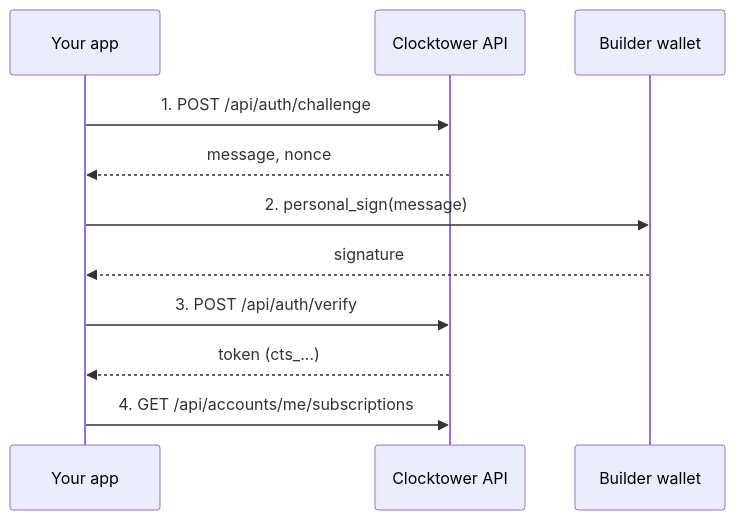
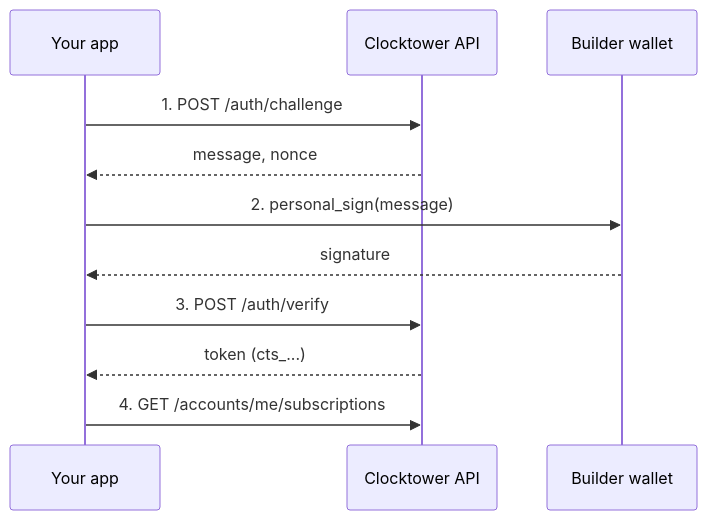
Before and after one commit to clocktower-protocol/clocktower-docs: the diagram in docs/developers/05-Workflows/04-builder-auth.mdx, drawn with Mermaid. The commit also changed other lines of this file and 14 other files, not shown here.

````diff
--- a/docs/developers/05-Workflows/04-builder-auth.mdx
+++ b/docs/developers/05-Workflows/04-builder-auth.mdx
@@ -37,14 +37,14 @@
 ```mermaid
 sequenceDiagram
   participant App as Your app
   participant API as Clocktower API
   participant Wallet as Builder wallet
 
-  App->>API: 1. POST /api/auth/challenge
+  App->>API: 1. POST /auth/challenge
   API-->>App: message, nonce
   App->>Wallet: 2. personal_sign(message)
   Wallet-->>App: signature
-  App->>API: 3. POST /api/auth/verify
+  App->>API: 3. POST /auth/verify
   API-->>App: token (cts_...)
-  App->>API: 4. GET /api/accounts/me/subscriptions
+  App->>API: 4. GET /accounts/me/subscriptions
 ```
````
